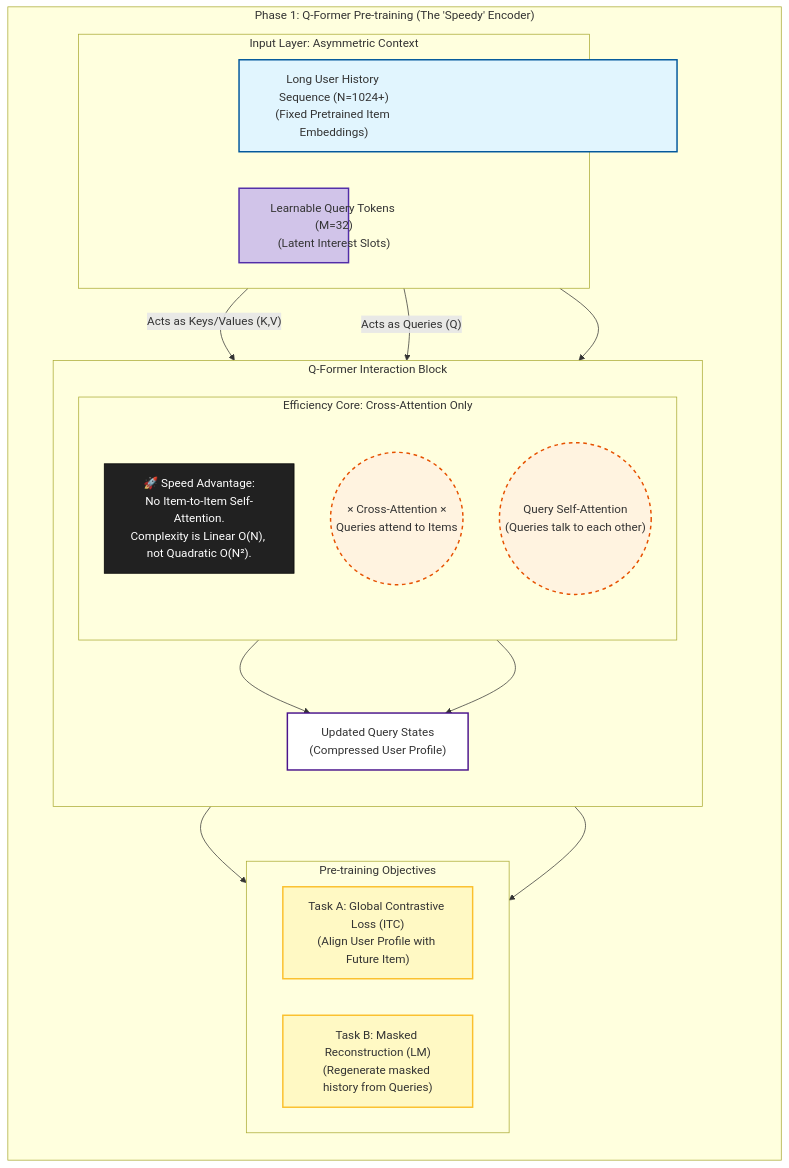
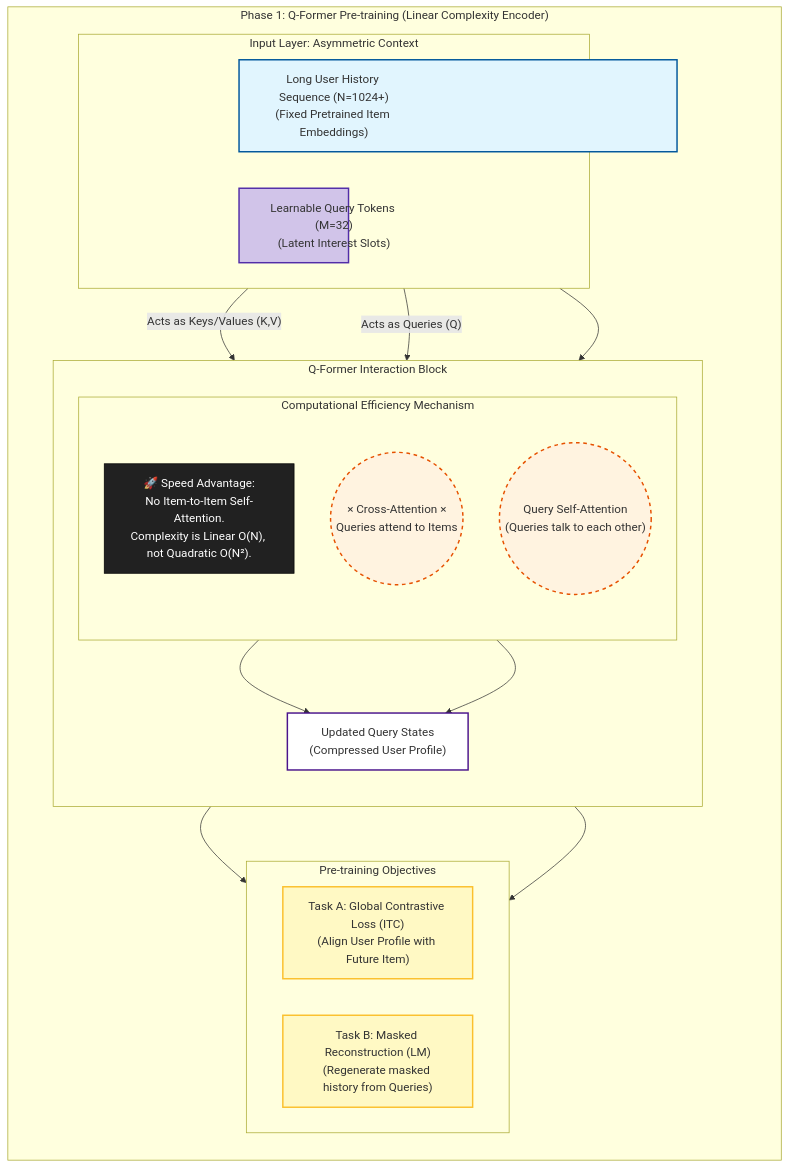
The first of 6 diagrams in doc.markdown (Jack31098/user_modeling_design), drawn with Mermaid before and after one commit. The commit also changed other lines of this file, not shown here.

````diff
--- a/doc.markdown
+++ b/doc.markdown
@@ -94,68 +94,68 @@
 ```mermaid
 graph TB
     %% ============ Styles Definition ============
     classDef long_sequence fill:#e1f5fe,stroke:#01579b,stroke-width:2px;
     classDef short_query fill:#d1c4e9,stroke:#512da8,stroke-width:2px;
     classDef mechanism_box fill:#fff3e0,stroke:#e65100,stroke-width:2px,stroke-dasharray: 5 5;
     classDef transformer_layer fill:#f3e5f5,stroke:#4a148c,stroke-width:3px;
     classDef output_state fill:#fff,stroke:#4a148c,stroke-width:2px;
     classDef task_head fill:#fff9c4,stroke:#fbc02d,stroke-width:2px;
     classDef complexity_note fill:#212121,stroke:#000,stroke-width:1px,color:#fff;
 
-    subgraph Phase1_Architecture ["Phase 1: Q-Former Pre-training (The 'Speedy' Encoder)"]
+    subgraph Phase1_Architecture ["Phase 1: Q-Former Pre-training (Linear Complexity Encoder)"]
         direction TB
 
         %% ============ 1. Asymmetric Inputs ============
         subgraph Input_Layer [Input Layer: Asymmetric Context]
             direction LR
             
             %% Long Sequence Input
             ItemSeq["Long User History Sequence (N=1024+)<br/>(Fixed Pretrained Item Embeddings)"]:::long_sequence
             
             %% Short Query Input
             QueryTokens["Learnable Query Tokens (M=32)<br/>(Latent Interest Slots)"]:::short_query
         end
 
         %% ============ 2. The Core Mechanism ============
         subgraph QFormer_Block [Q-Former Interaction Block]
             direction TB
             
             %% Visualizing the Efficiency Secret
-            subgraph Attention_Mechanism ["Efficiency Core: Cross-Attention Only"]
+            subgraph Attention_Mechanism ["Computational Efficiency Mechanism"]
                 direction TB
                 
                 note_speed["🚀 Speed Advantage:<br/>No Item-to-Item Self-Attention.<br/>Complexity is Linear O(N), not Quadratic O(N²)."]:::complexity_note
 
                 CrossAttn(("&times; Cross-Attention &times;<br/>Queries attend to Items")):::mechanism_box
                 SelfAttn(("Query Self-Attention<br/>(Queries talk to each other)")):::mechanism_box
             end
             
             %% The Flow
             UpdatedQueries["Updated Query States<br/>(Compressed User Profile)"]:::output_state
         end
 
         %% Connections demonstrating flow
         ItemSeq -- "Acts as Keys/Values (K,V)" --> CrossAttn
         QueryTokens -- "Acts as Queries (Q)" --> CrossAttn
         QueryTokens --> SelfAttn
         
         CrossAttn --> UpdatedQueries
         SelfAttn --> UpdatedQueries
 
         %% ============ 3. Task Heads ============
         subgraph Heads [Pre-training Objectives]
             direction LR
             Head_ITC["Task A: Global Contrastive Loss (ITC)<br/>(Align User Profile with Future Item)"]:::task_head
             Head_ITM["Task B: Masked Reconstruction (LM)<br/>(Regenerate masked history from Queries)"]:::task_head
         end
 
         UpdatedQueries --> Head_ITC
         UpdatedQueries --> Head_ITM
     end
 
     %% ============ Styling Tweaks ============
     %% 强制 Item 序列看起来很长
     style ItemSeq width:600px
     %% 强制 Query 序列看起来很短
     style QueryTokens width:150px
 ```
````
